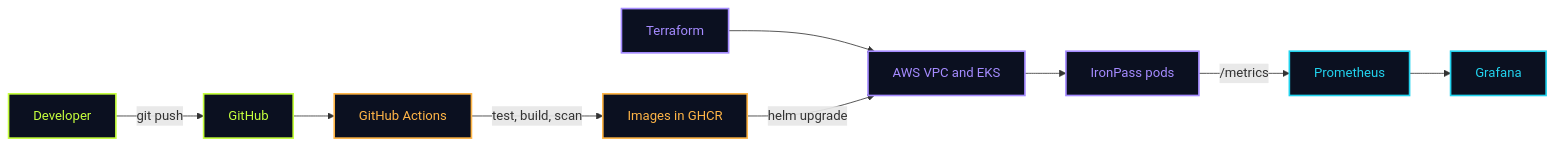
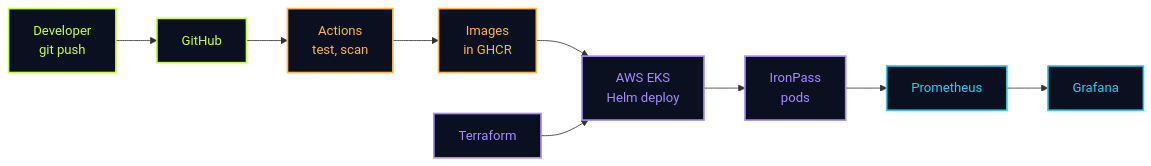
Before and after one commit to brixdorf/ironpass-devops-capstone: the diagram in README.md, drawn with Mermaid.

Commit message:
Make the README diagram smaller so it is readable

````diff
--- a/README.md
+++ b/README.md
@@ -43,20 +43,20 @@
 ```mermaid
 flowchart LR
-  dev["Developer"] -->|git push| gh["GitHub"]
-  gh --> ci["GitHub Actions"]
-  ci -->|test, build, scan| img["Images in GHCR"]
-  tf["Terraform"] --> aws["AWS VPC and EKS"]
-  img -->|helm upgrade| aws
-  aws --> app["IronPass pods"]
-  app -->|/metrics| prom["Prometheus"]
+  dev["Developer<br/>git push"] --> gh["GitHub"]
+  gh --> ci["Actions<br/>test, scan"]
+  ci --> img["Images<br/>in GHCR"]
+  img --> aws["AWS EKS<br/>Helm deploy"]
+  tf["Terraform"] --> aws
+  aws --> app["IronPass<br/>pods"]
+  app --> prom["Prometheus"]
   prom --> graf["Grafana"]
 
   classDef code fill:#0B1020,stroke:#C6FF3D,stroke-width:2px,color:#C6FF3D
   classDef ship fill:#0B1020,stroke:#FFB547,stroke-width:2px,color:#FFB547
   classDef infra fill:#0B1020,stroke:#A58BFF,stroke-width:2px,color:#A58BFF
   classDef watch fill:#0B1020,stroke:#22D3EE,stroke-width:2px,color:#22D3EE
   class dev,gh code
   class ci,img ship
   class tf,aws,app infra
   class prom,graf watch
 ```
````
